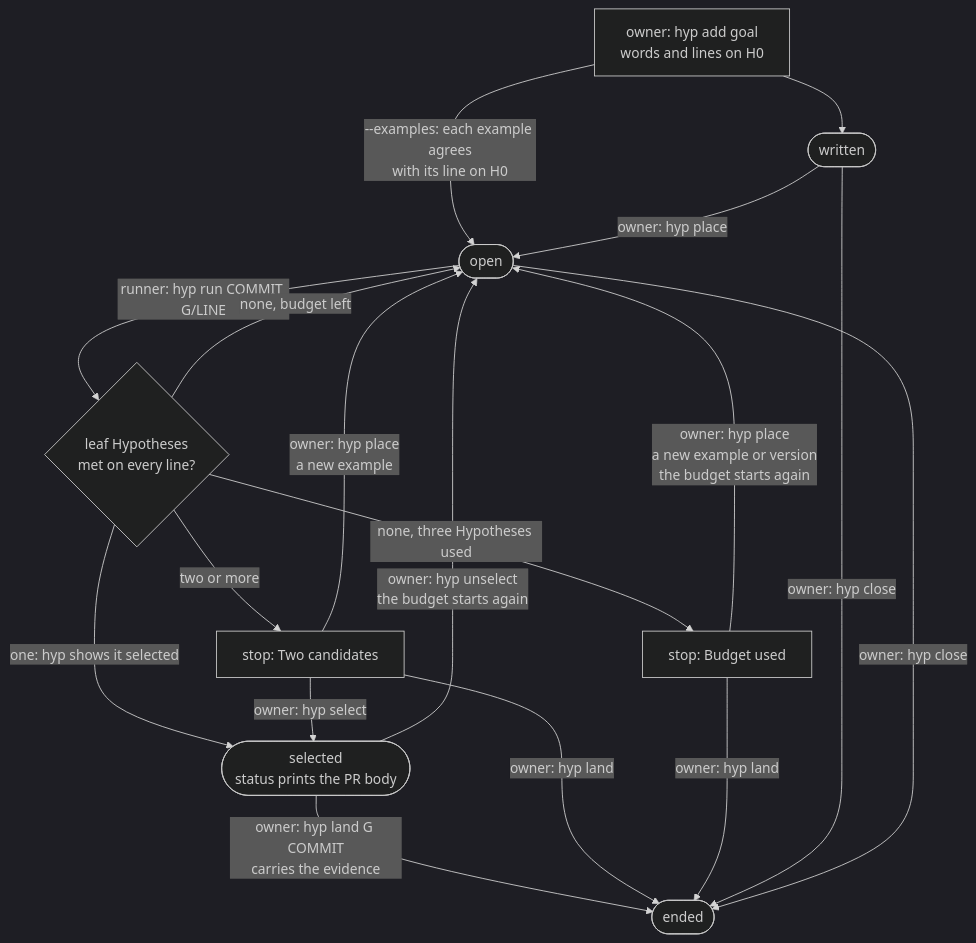
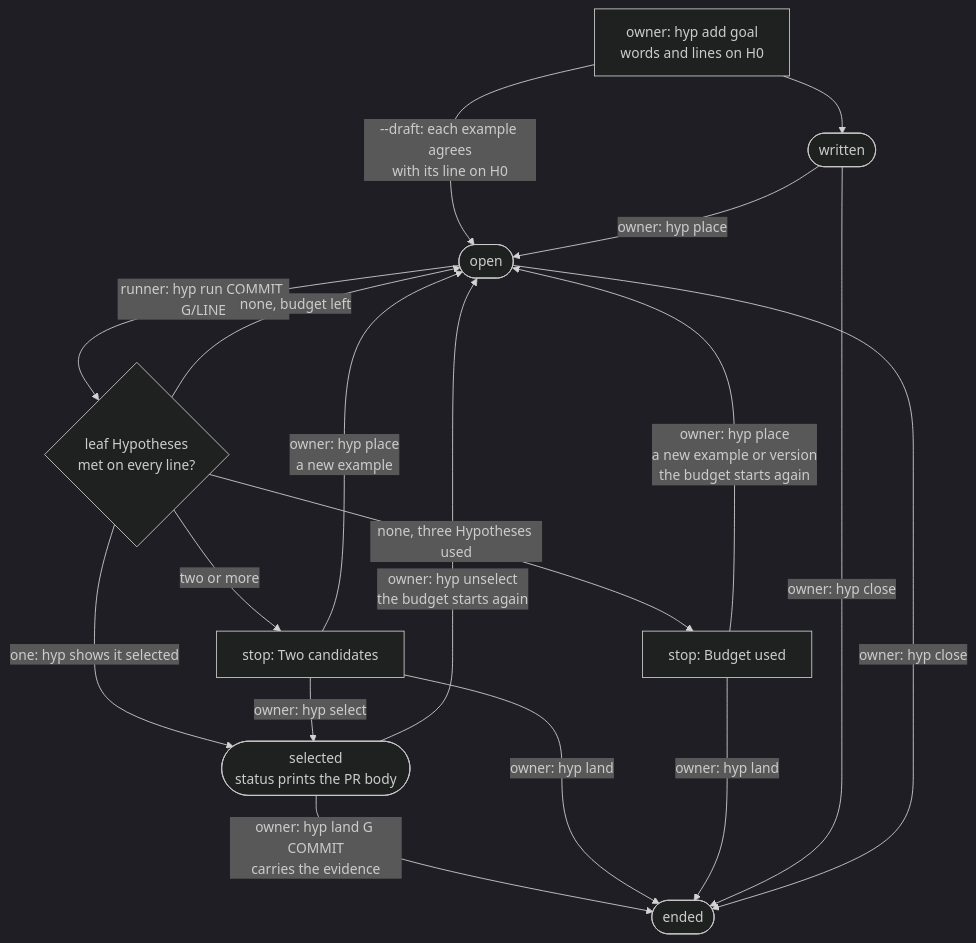
One commit to dat9uy/hyp changed the fourth of 4 diagrams in README.md. Above: the diagram before and after it, drawn with Mermaid (dark theme). The commit also changed other lines of this file and 31 other files, not shown here.

Commit message:
feat: a draft of examples lives in the clone's trace, and an add writes the Goal's folder from the bytes it hashed

````diff
--- a/README.md
+++ b/README.md
@@ -208,20 +208,20 @@
 ```mermaid
 flowchart TD
   A["owner: hyp add goal<br/>words and lines on H0"] --> W(["written"])
-  A -- "--examples: each example agrees<br/>with its line on H0" --> O(["open"])
+  A -- "--draft: each example agrees<br/>with its line on H0" --> O(["open"])
   W -- "owner: hyp place" --> O
   O -- "runner: hyp run COMMIT G/LINE" --> C{"leaf Hypotheses<br/>met on every line?"}
   C -- "none, budget left" --> O
   C -- "one: hyp shows it selected" --> S(["selected<br/>status prints the PR body"])
   C -- "two or more" --> T["stop: Two candidates"]
   C -- "none, three Hypotheses used" --> B["stop: Budget used"]
   T -- "owner: hyp select" --> S
   T -- "owner: hyp place<br/>a new example" --> O
   B -- "owner: hyp place<br/>a new example or version<br/>the budget starts again" --> O
   S -- "owner: hyp unselect<br/>the budget starts again" --> O
   S -- "owner: hyp land G COMMIT<br/>carries the evidence" --> E(["ended"])
   T -- "owner: hyp land" --> E
   B -- "owner: hyp land" --> E
   W -- "owner: hyp close" --> E
   O -- "owner: hyp close" --> E
 ```
````
